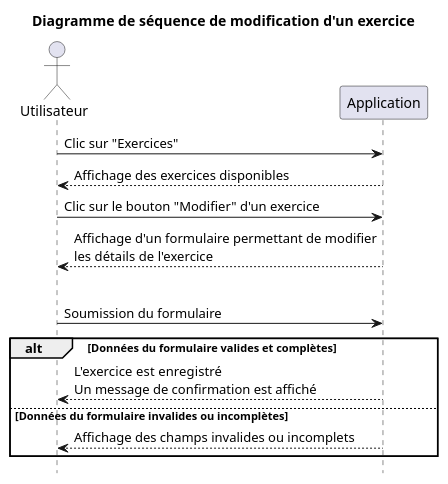
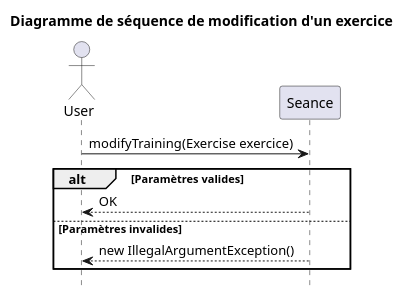
Before and after one commit to SharafGabel/GYMTONIK: the diagram in diagrams/ModificationExercice.puml, drawn with PlantUML. The commit also changed 5 other files, not shown here.

Commit message:
Modification des diagrammes de séquence afin d'utiliser les classes et noms de méthodes.

```diff
--- a/diagrams/ModificationExercice.puml
+++ b/diagrams/ModificationExercice.puml
@@ -1,23 +1,15 @@
 @startuml
 hide footbox
-actor Utilisateur
+actor User
 
 title Diagramme de séquence de modification d'un exercice
 
-Utilisateur -> Application: Clic sur "Exercices"
-Utilisateur <-- Application: Affichage des exercices disponibles
+User -> Seance: modifyTraining(Exercise exercice)
 
-Utilisateur -> Application: Clic sur le bouton "Modifier" d'un exercice
-Utilisateur <-- Application: Affichage d'un formulaire permettant de modifier\nles détails de l'exercice
-|||
-Utilisateur -> Application: Soumission du formulaire
+alt Paramètres valides
+    User <-- Seance: OK
+else Paramètres invalides
+    User <-- Seance: new IllegalArgumentException()
+end
 
-alt Données du formulaire valides et complètes
-
-    Utilisateur <-- Application: L'exercice est enregistré\nUn message de confirmation est affiché
-
-else Données du formulaire invalides ou incomplètes
-
-    Utilisateur <-- Application: Affichage des champs invalides ou incomplets
-end
 @enduml
```
